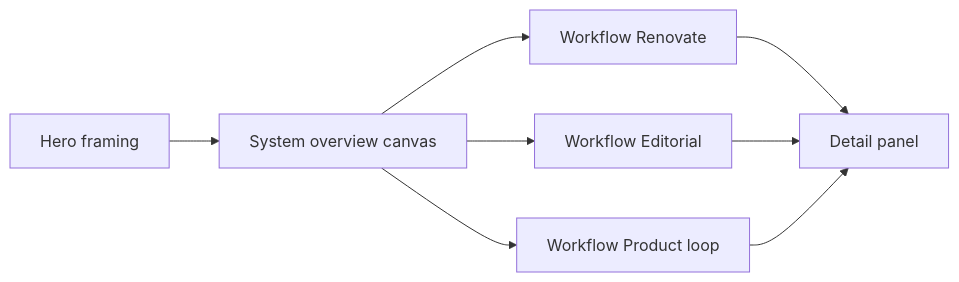
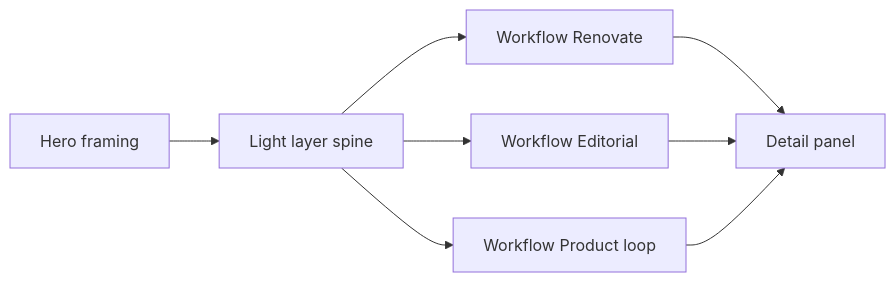
The diagram in .cursor/plans/2026-08-11-ecosystem-explorer.plan.md (mastermichaelt/portfolio), drawn with Mermaid before and after one commit. The commit also changed other lines of this file, not shown here.

Commit message:
Tighten ecosystem plan: light overview spine, talk tracks off Entity.

````diff
--- a/.cursor/plans/2026-08-11-ecosystem-explorer.plan.md
+++ b/.cursor/plans/2026-08-11-ecosystem-explorer.plan.md
@@ -62,16 +65,16 @@
 ```mermaid
 flowchart LR
   hero[Hero framing]
-  overview[System overview canvas]
+  overview[Light layer spine]
   wf1[Workflow Renovate]
   wf2[Workflow Editorial]
   wf3[Workflow Product loop]
   panel[Detail panel]
   hero --> overview
   overview --> wf1
   overview --> wf2
   overview --> wf3
   wf1 --> panel
   wf2 --> panel
   wf3 --> panel
 ```
````
